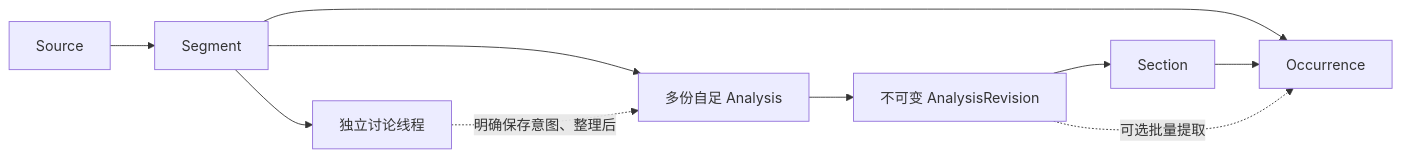
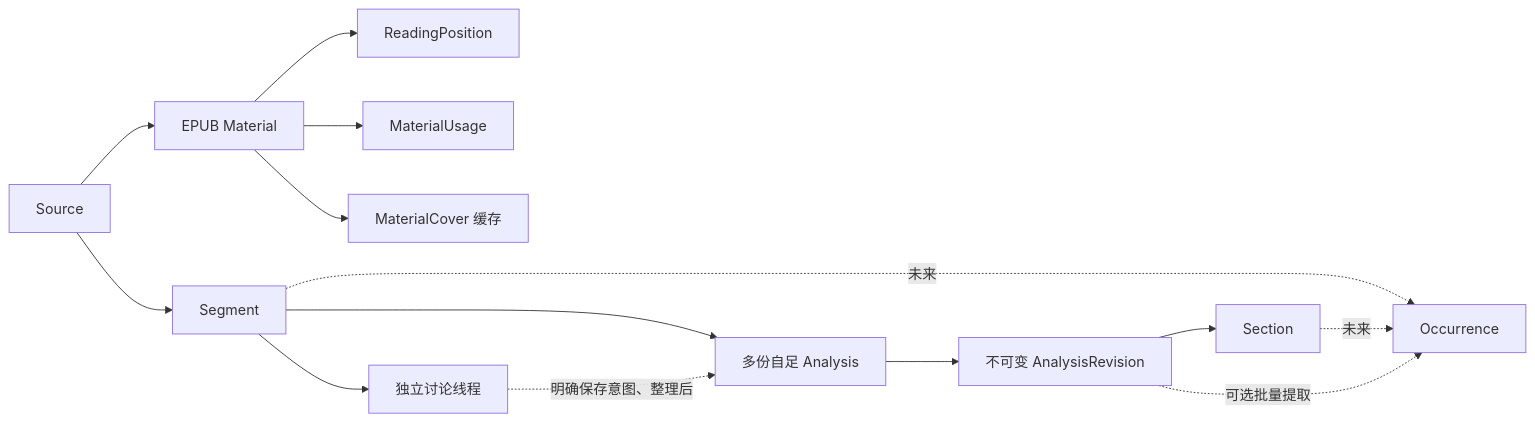
The second of 3 diagrams in docs/ARCHITECTURE.md (5945ggh/folio-j), drawn with Mermaid before and after one commit. The commit also changed other lines of this file and 17 other files, not shown here.

````diff
--- a/docs/ARCHITECTURE.md
+++ b/docs/ARCHITECTURE.md
@@ -36,12 +40,16 @@
 ```mermaid
 flowchart LR
   Source --> Segment
+  Source --> Material[EPUB Material]
+  Material --> Position[ReadingPosition]
+  Material --> Usage[MaterialUsage]
+  Material --> Cover[MaterialCover 缓存]
   Segment --> ChatThread[独立讨论线程]
   Segment --> Analysis[多份自足 Analysis]
   Analysis --> Revision[不可变 AnalysisRevision]
   Revision --> Section[Section]
-  Segment --> Occurrence[Occurrence]
-  Section --> Occurrence
+  Segment -. 未来 .-> Occurrence[Occurrence]
+  Section -. 未来 .-> Occurrence
   ChatThread -. 明确保存意图、整理后 .-> Analysis
   Revision -. 可选批量提取 .-> Occurrence
 ```
````
